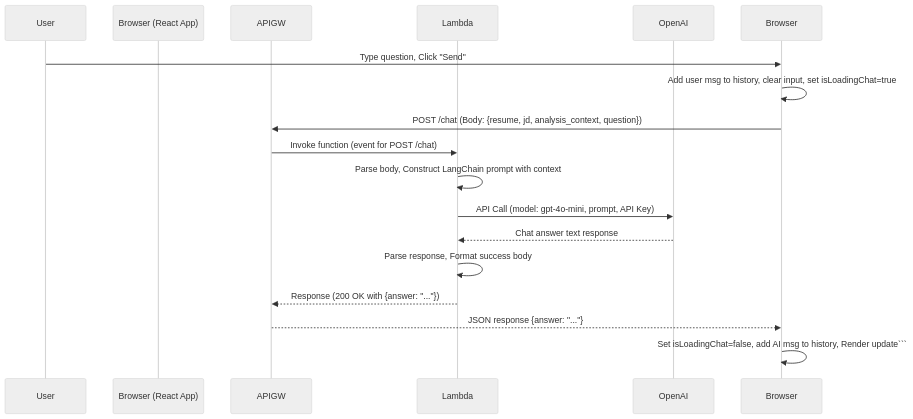
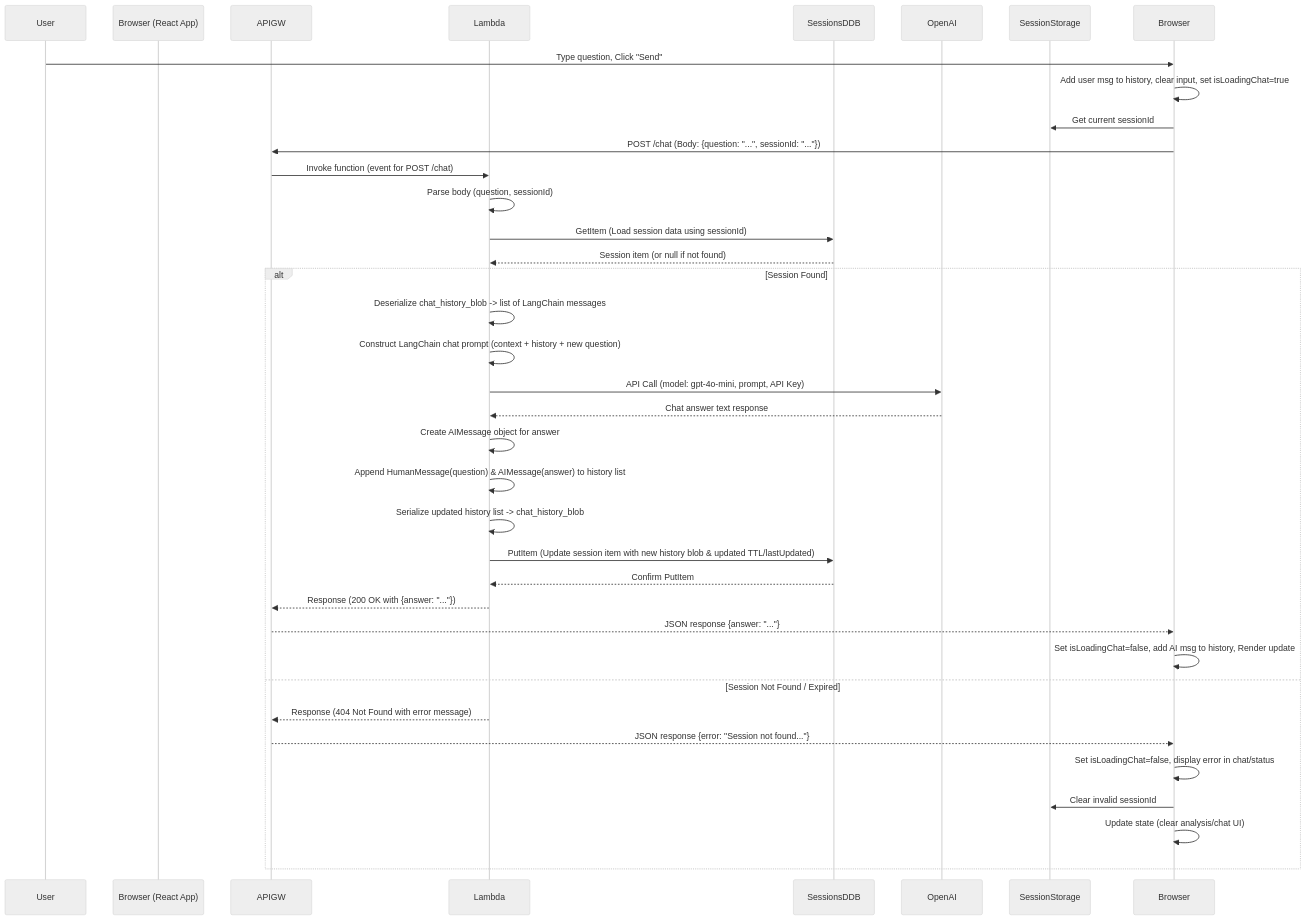
The fourth of 4 diagrams in README.md (gaviral/ResumeCoach), drawn with Mermaid (neutral theme) before and after one commit. The commit also changed other lines of this file, not shown here.

````diff
--- a/README.md
+++ b/README.md
@@ -442,20 +271,40 @@
 ```mermaid
 sequenceDiagram
     participant User
     participant Browser (React App)
     participant APIGW
     participant Lambda
+    participant SessionsDDB
     participant OpenAI
+    participant SessionStorage
 
     User->>Browser: Type question, Click "Send"
     Browser->>Browser: Add user msg to history, clear input, set isLoadingChat=true
-    Browser->>APIGW: POST /chat (Body: {resume, jd, analysis_context, question})
+    Browser->>SessionStorage: Get current sessionId
+    Browser->>APIGW: POST /chat (Body: {question: "...", sessionId: "..."})
     APIGW->>Lambda: Invoke function (event for POST /chat)
-    Lambda->>Lambda: Parse body, Construct LangChain prompt with context
-    Lambda->>OpenAI: API Call (model: gpt-4o-mini, prompt, API Key)
-    OpenAI-->>Lambda: Chat answer text response
-    Lambda->>Lambda: Parse response, Format success body
-    Lambda-->>APIGW: Response (200 OK with {answer: "..."})
-    APIGW-->>Browser: JSON response {answer: "..."}
-    Browser->>Browser: Set isLoadingChat=false, add AI msg to history, Render update```
+    Lambda->>Lambda: Parse body (question, sessionId)
+    Lambda->>SessionsDDB: GetItem (Load session data using sessionId)
+    SessionsDDB-->>Lambda: Session item (or null if not found)
+    alt Session Found
+        Lambda->>Lambda: Deserialize chat_history_blob -> list of LangChain messages
+        Lambda->>Lambda: Construct LangChain chat prompt (context + history + new question)
+        Lambda->>OpenAI: API Call (model: gpt-4o-mini, prompt, API Key)
+        OpenAI-->>Lambda: Chat answer text response
+        Lambda->>Lambda: Create AIMessage object for answer
+        Lambda->>Lambda: Append HumanMessage(question) & AIMessage(answer) to history list
+        Lambda->>Lambda: Serialize updated history list -> chat_history_blob
+        Lambda->>SessionsDDB: PutItem (Update session item with new history blob & updated TTL/lastUpdated)
+        SessionsDDB-->>Lambda: Confirm PutItem
+        Lambda-->>APIGW: Response (200 OK with {answer: "..."})
+        APIGW-->>Browser: JSON response {answer: "..."}
+        Browser->>Browser: Set isLoadingChat=false, add AI msg to history, Render update
+    else Session Not Found / Expired
+        Lambda-->>APIGW: Response (404 Not Found with error message)
+        APIGW-->>Browser: JSON response {error: "Session not found..."}
+        Browser->>Browser: Set isLoadingChat=false, display error in chat/status
+        Browser->>SessionStorage: Clear invalid sessionId
+        Browser->>Browser: Update state (clear analysis/chat UI)
+    end
+
 ```
````
